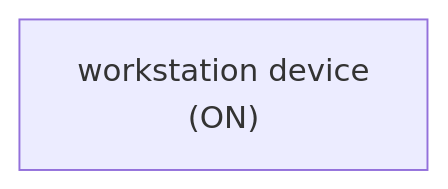
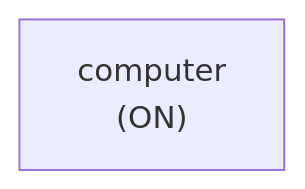
The third of 6 diagrams in evaluation/results/table1/robostate/instruction_type/vague/E1_11/run_T1_INST_E1_11_vague.md (scuama/virtualhome), drawn with Mermaid before and after one commit. The commit also changed other lines of this file and 133 other files, not shown here.

````diff
--- a/evaluation/results/table1/robostate/instruction_type/vague/E1_11/run_T1_INST_E1_11_vague.md
+++ b/evaluation/results/table1/robostate/instruction_type/vague/E1_11/run_T1_INST_E1_11_vague.md
@@ -128,4 +128,4 @@
 ```mermaid
 graph TD
-    N1["workstation device<br>(ON)"]
+    N1["computer<br>(ON)"]
 ```
````
